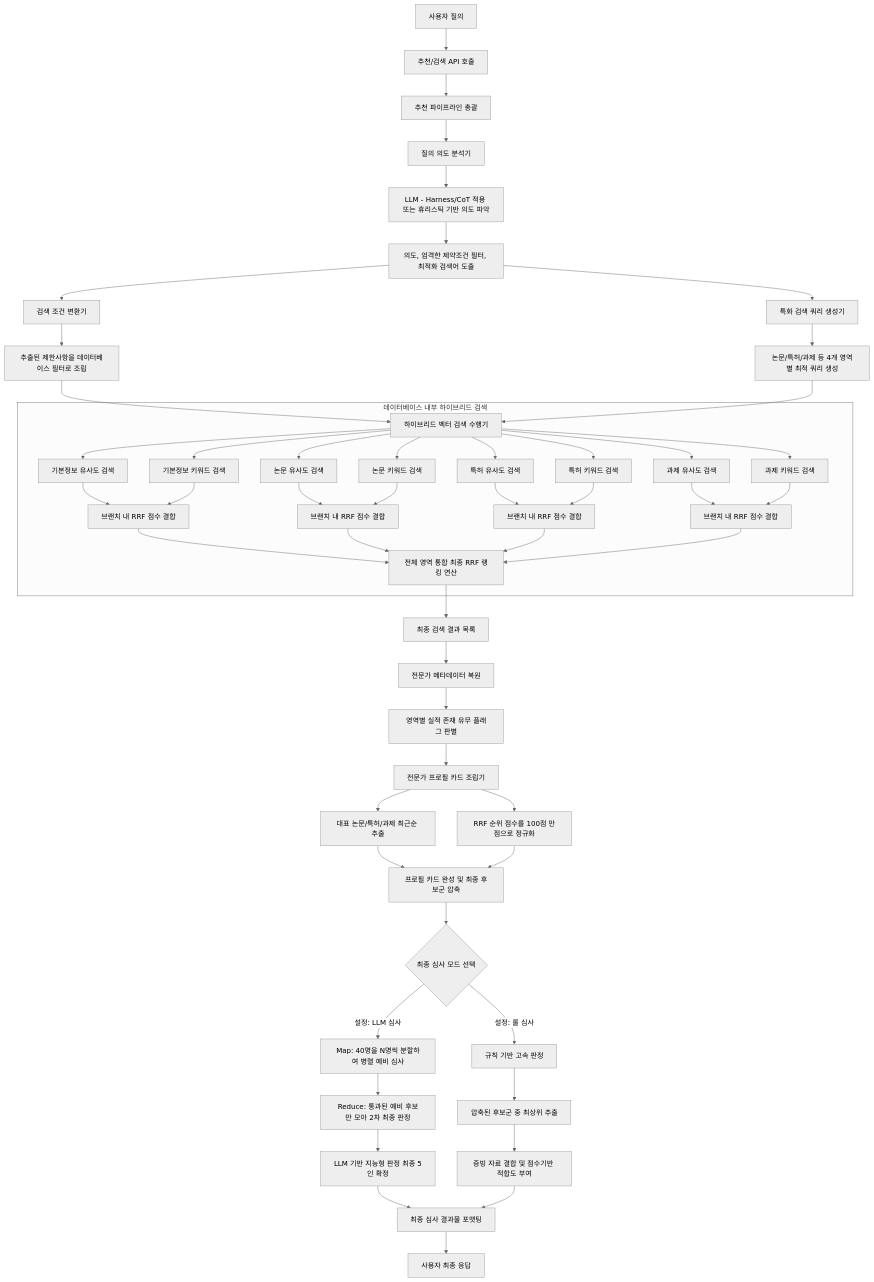
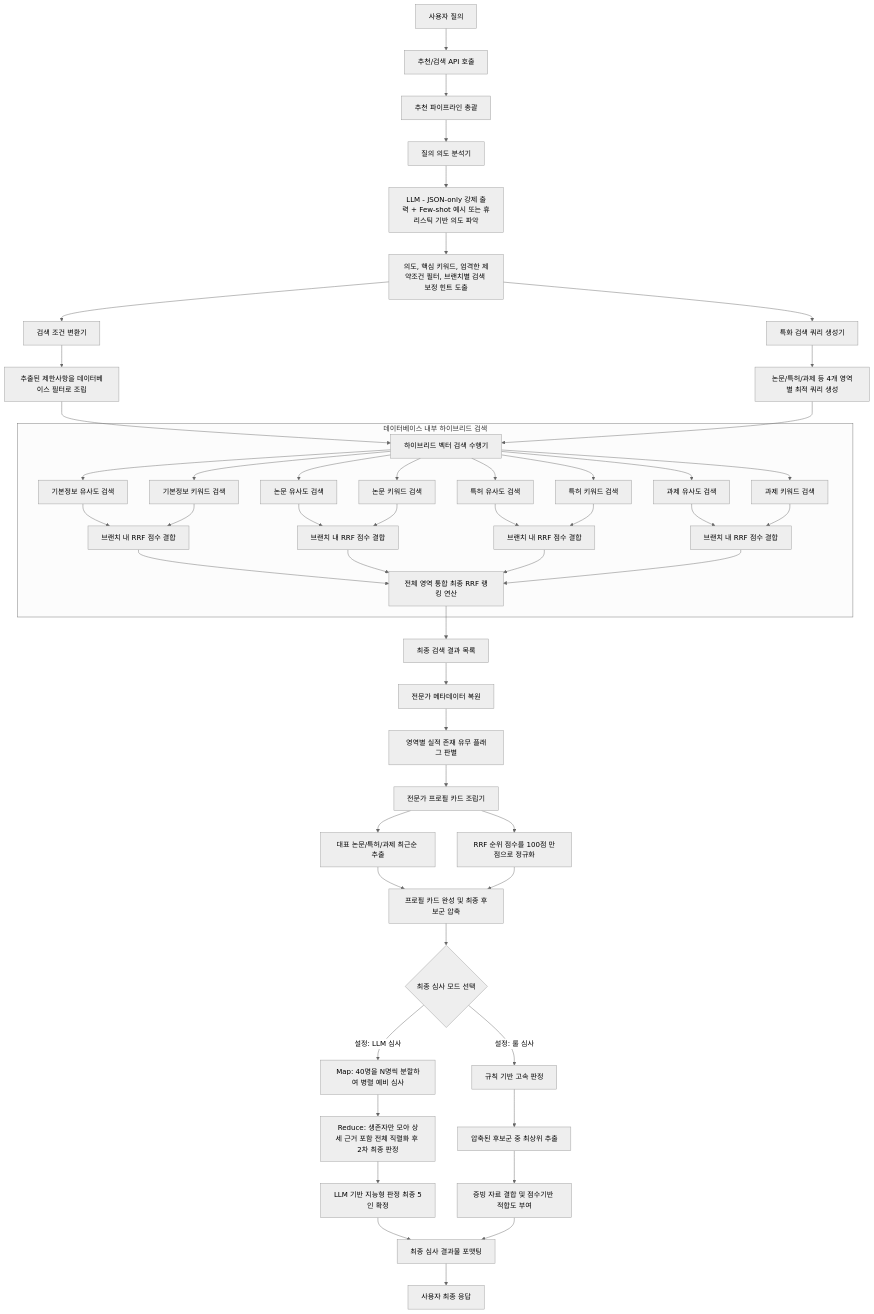
One commit to jusenglee/expert-match-api changed the first of 2 diagrams in docs/expert_recommendation_code_based_diagrams.md. Above: the diagram before and after it, drawn with Mermaid (neutral theme). The commit also changed other lines of this file and 5 other files, not shown here.

First line of the commit message:
feat: improve Map-Reduce judging process and Planner JSON handling

````diff
--- a/docs/expert_recommendation_code_based_diagrams.md
+++ b/docs/expert_recommendation_code_based_diagrams.md
@@ -5,69 +5,69 @@
 ```mermaid
 graph TD
     U[사용자 질의] --> API[추천/검색 API 호출]
     API --> SVC[추천 파이프라인 총괄]
 
     SVC --> P[질의 의도 분석기]
-    P --> P1[LLM - Harness/CoT 적용 또는 휴리스틱 기반 의도 파악]
-    P1 --> P2[의도, 엄격한 제약조건 필터, 최적화 검색어 도출]
+    P --> P1[LLM - JSON-only 강제 출력 + Few-shot 예시 또는 휴리스틱 기반 의도 파악]
+    P1 --> P2[의도, 핵심 키워드, 엄격한 제약조건 필터, 브랜치별 검색 보정 힌트 도출]
     
     P2 --> F[검색 조건 변환기]
     F --> F1[추출된 제한사항을 데이터베이스 필터로 조립]
 
     P2 --> QB[특화 검색 쿼리 생성기]
     QB --> QB1[논문/특허/과제 등 4개 영역별 최적 쿼리 생성]
 
     F1 --> R[하이브리드 벡터 검색 수행기]
     QB1 --> R
 
     subgraph Q[데이터베이스 내부 하이브리드 검색]
         R --> D1[기본정보 유사도 검색]
         R --> S1[기본정보 키워드 검색]
         D1 --> RRF1[브랜치 내 RRF 점수 결합]
         S1 --> RRF1
 
         R --> D2[논문 유사도 검색]
         R --> S2[논문 키워드 검색]
         D2 --> RRF2[브랜치 내 RRF 점수 결합]
         S2 --> RRF2
 
         R --> D3[특허 유사도 검색]
         R --> S3[특허 키워드 검색]
         D3 --> RRF3[브랜치 내 RRF 점수 결합]
         S3 --> RRF3
 
         R --> D4[과제 유사도 검색]
         R --> S4[과제 키워드 검색]
         D4 --> RRF4[브랜치 내 RRF 점수 결합]
         S4 --> RRF4
 
         RRF1 --> RRF_TOP[전체 영역 통합 최종 RRF 랭킹 연산]
         RRF2 --> RRF_TOP
         RRF3 --> RRF_TOP
         RRF4 --> RRF_TOP
     end
 
     RRF_TOP --> H[최종 검색 결과 목록]
     H --> H1[전문가 메타데이터 복원]
     H1 --> H2[영역별 실적 존재 유무 플래그 판별]
 
     H2 --> C[전문가 프로필 카드 조립기]
     C --> C1[대표 논문/특허/과제 최근순 추출]
     C --> C2[RRF 순위 점수를 100점 만점으로 정규화]
     C1 --> C3[프로필 카드 완성 및 최종 후보군 압축]
     C2 --> C3
 
     C3 --> J{최종 심사 모드 선택}
     J -->|설정: LLM 심사| J_MAP[Map: 40명을 N명씩 분할하여 병렬 예비 심사]
-    J_MAP --> J_RED[Reduce: 통과된 예비 후보만 모아 2차 최종 판정]
+    J_MAP --> J_RED[Reduce: 생존자만 모아 상세 근거 포함 전체 직렬화 후 2차 최종 판정]
     J_RED --> JL[LLM 기반 지능형 판정 최종 5인 확정]
     J -->|설정: 룰 심사| JH[규칙 기반 고속 판정]
 
     JH --> JH1[압축된 후보군 중 최상위 추출]
     JH1 --> JH2[증빙 자료 결합 및 점수기반 적합도 부여]
 
     JL --> O1[최종 심사 결과물 포맷팅]
     JH2 --> O1
     
     O1 --> RESP[사용자 최종 응답]
 ```
````
